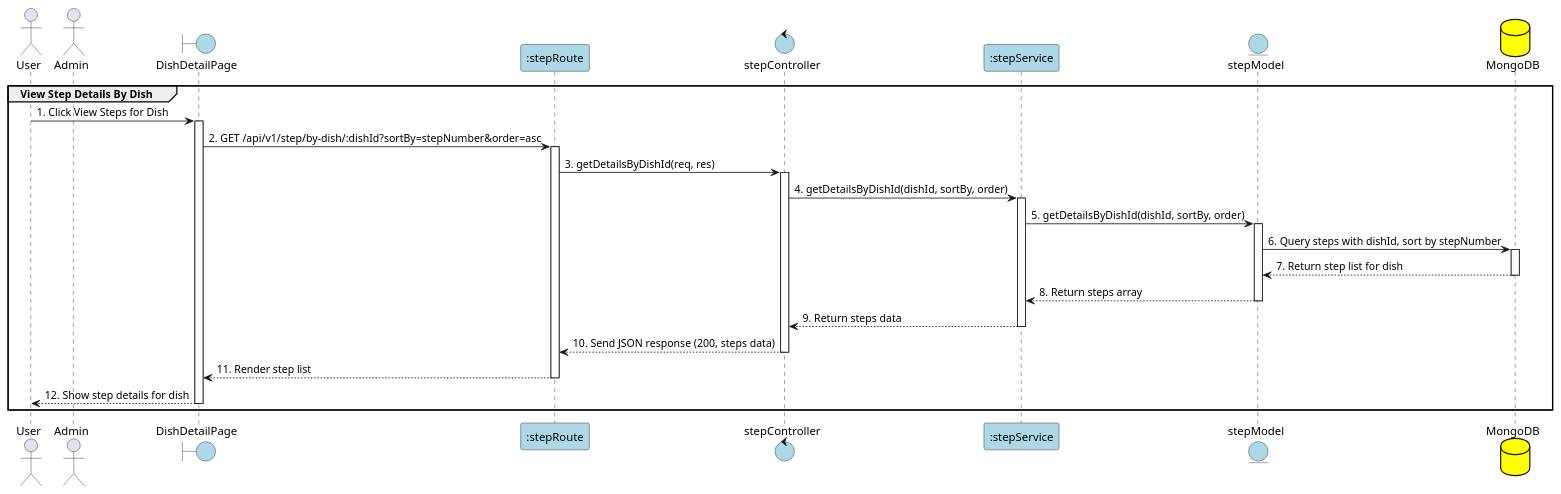
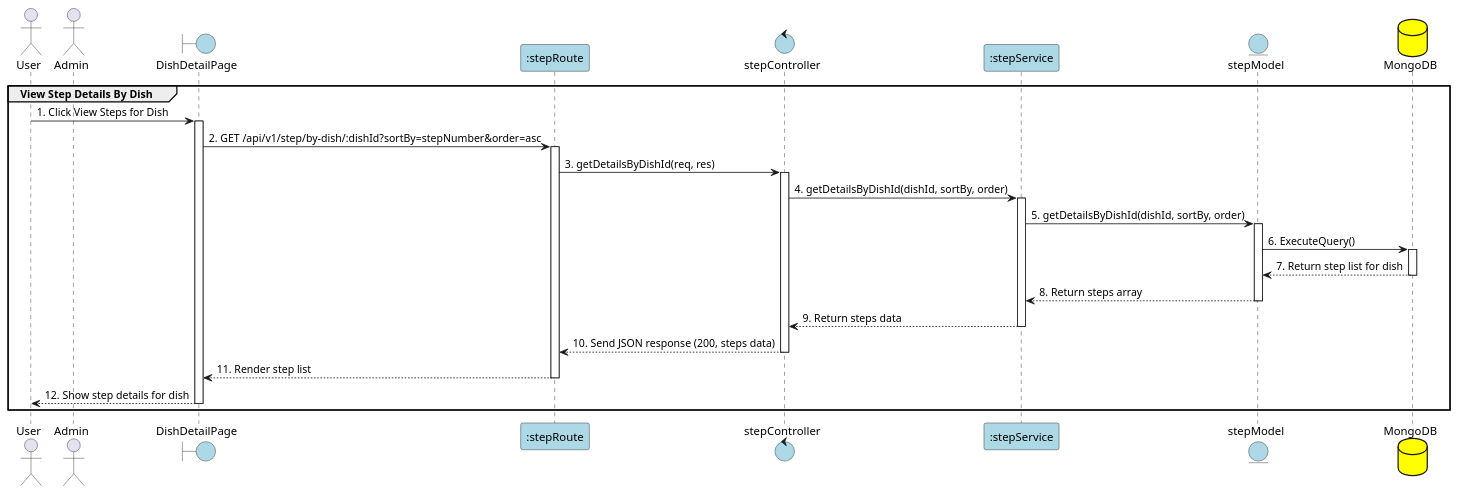
The diagram in PlanUML/32_ViewStepDetailsByDish.puml (Aohkne/CaloCook), drawn with PlantUML before and after one commit. The commit also changed 11 other files, not shown here.

```diff
--- a/PlanUML/32_ViewStepDetailsByDish.puml
+++ b/PlanUML/32_ViewStepDetailsByDish.puml
@@ -1,49 +1,49 @@
 @startuml ViewStepByDish
 
 actor "User" as User
 actor "Admin" as Admin
 boundary "DishDetailPage" as View #lightblue
 participant ":stepRoute" as Route #lightblue
 control "stepController" as Controller #lightblue
 participant ":stepService" as Service #lightblue
 entity "stepModel" as Model #lightblue
 database "MongoDB" as MongoDB #yellow
 
 group View Step Details By Dish
 User -> View: 1. Click View Steps for Dish
 activate View
 View -> Route: 2. GET /api/v1/step/by-dish/:dishId?sortBy=stepNumber&order=asc
 activate Route
 
 Route -> Controller: 3. getDetailsByDishId(req, res)
 activate Controller
 
 Controller -> Service: 4. getDetailsByDishId(dishId, sortBy, order)
 activate Service
 
 Service -> Model: 5. getDetailsByDishId(dishId, sortBy, order)
 activate Model
 
-Model -> MongoDB: 6. Query steps with dishId, sort by stepNumber
+Model -> MongoDB: 6. ExecuteQuery()
 activate MongoDB
 
 MongoDB --> Model: 7. Return step list for dish
 deactivate MongoDB
 
 Model --> Service: 8. Return steps array
 deactivate Model
 
 Service --> Controller: 9. Return steps data
 deactivate Service
 
 Controller --> Route: 10. Send JSON response (200, steps data)
 deactivate Controller
 
 Route --> View: 11. Render step list
 deactivate Route
 
 View --> User: 12. Show step details for dish
 deactivate View
 end
 
 @enduml
```
